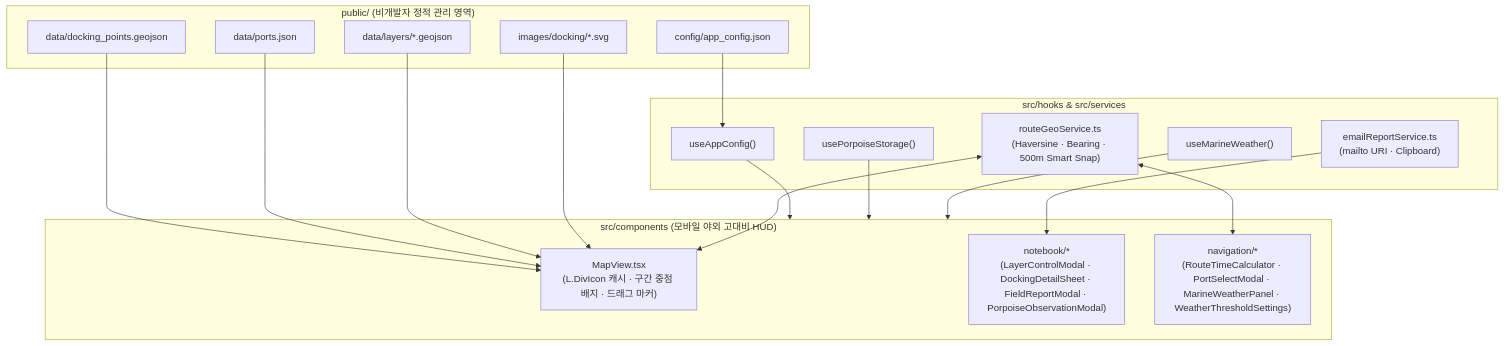
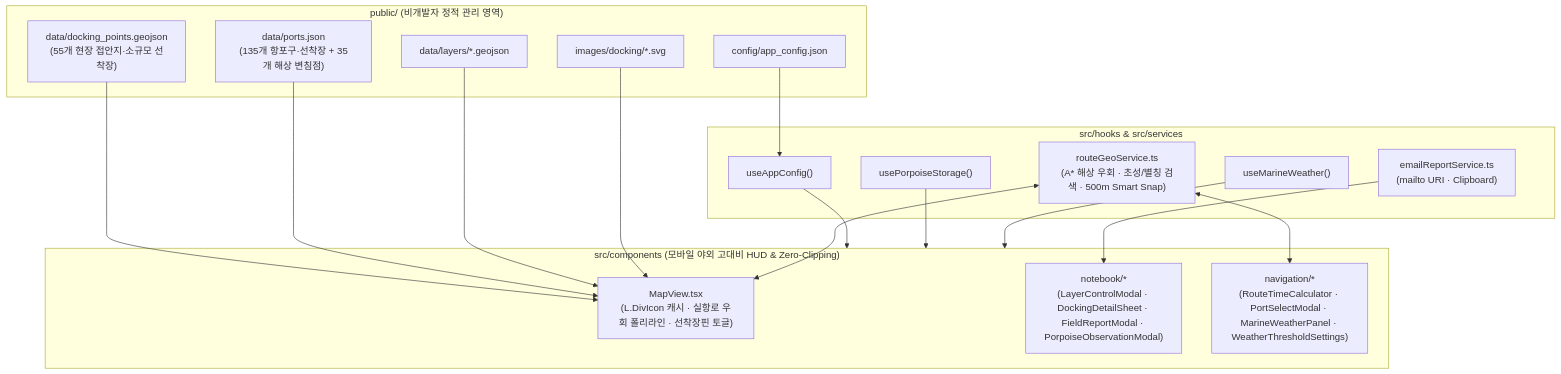
The diagram in docs/ARCHITECTURE_AND_DESIGN.md (gunnysis/bada-kkomkkomi), drawn with Mermaid before and after one commit. The commit also changed other lines of this file and 13 other files, not shown here.

Commit message:
feat(v1.0): integrate 135 Tongyeong/Geoje ports & small berths, A* sea route detour, and Chosung search

````diff
--- a/docs/ARCHITECTURE_AND_DESIGN.md
+++ b/docs/ARCHITECTURE_AND_DESIGN.md
@@ -30,31 +30,31 @@
 ```mermaid
 flowchart TD
     subgraph StaticFiles["public/ (비개발자 정적 관리 영역)"]
         CFG["config/app_config.json"]
-        DP["data/docking_points.geojson"]
-        PORTS["data/ports.json"]
+        DP["data/docking_points.geojson\n(55개 현장 접안지·소규모 선착장)"]
+        PORTS["data/ports.json\n(135개 항포구·선착장 + 35개 해상 변침점)"]
         LYR["data/layers/*.geojson"]
         IMG["images/docking/*.svg"]
     end
 
     subgraph HooksAndServices["src/hooks & src/services"]
         H_CFG["useAppConfig()"]
         H_PORP["usePorpoiseStorage()"]
         H_WTH["useMarineWeather()"]
-        S_GEO["routeGeoService.ts\n(Haversine · Bearing · 500m Smart Snap)"]
+        S_GEO["routeGeoService.ts\n(A* 해상 우회 · 초성/별칭 검색 · 500m Smart Snap)"]
         S_MAIL["emailReportService.ts\n(mailto URI · Clipboard)"]
     end
 
-    subgraph UI["src/components (모바일 야외 고대비 HUD)"]
-        MAP["MapView.tsx\n(L.DivIcon 캐시 · 구간 중점 배지 · 드래그 마커)"]
+    subgraph UI["src/components (모바일 야외 고대비 HUD & Zero-Clipping)"]
+        MAP["MapView.tsx\n(L.DivIcon 캐시 · 실항로 우회 폴리라인 · 선착장핀 토글)"]
         NB["notebook/*\n(LayerControlModal · DockingDetailSheet · FieldReportModal · PorpoiseObservationModal)"]
         NAV["navigation/*\n(RouteTimeCalculator · PortSelectModal · MarineWeatherPanel · WeatherThresholdSettings)"]
     end
 
     CFG --> H_CFG
     DP & PORTS & LYR & IMG --> MAP
     H_CFG & H_PORP & H_WTH --> UI
     S_GEO <--> NAV
     S_GEO <--> MAP
     S_MAIL --> NB
 ```
````
